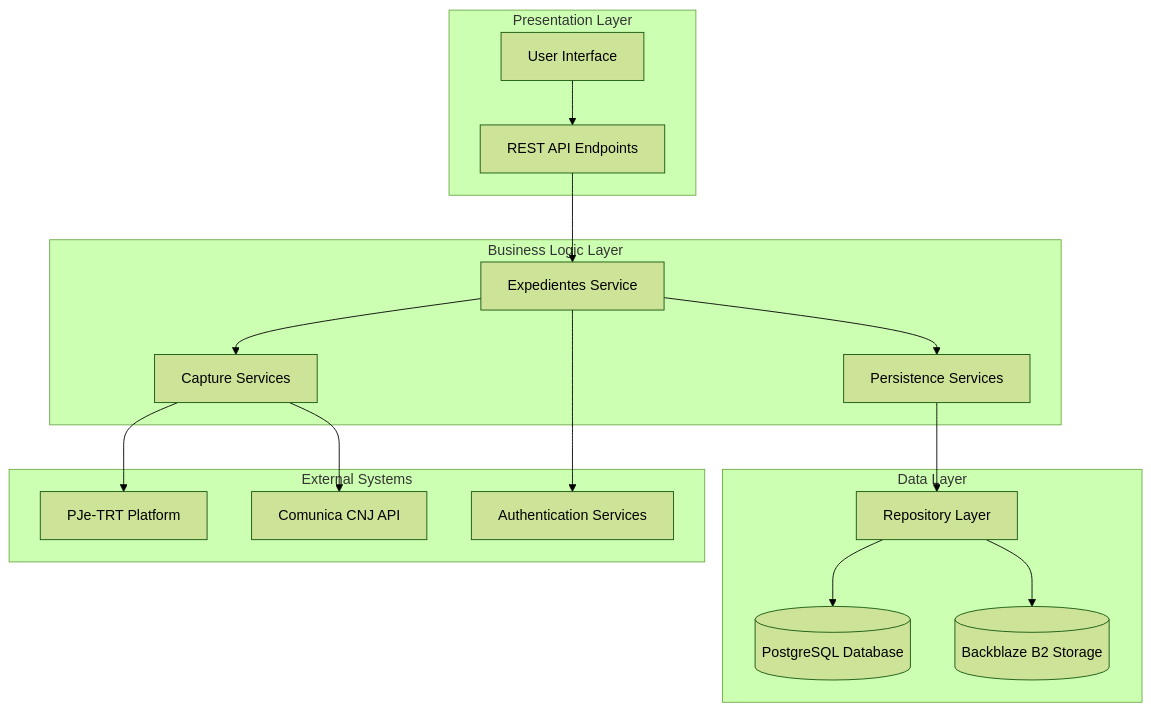
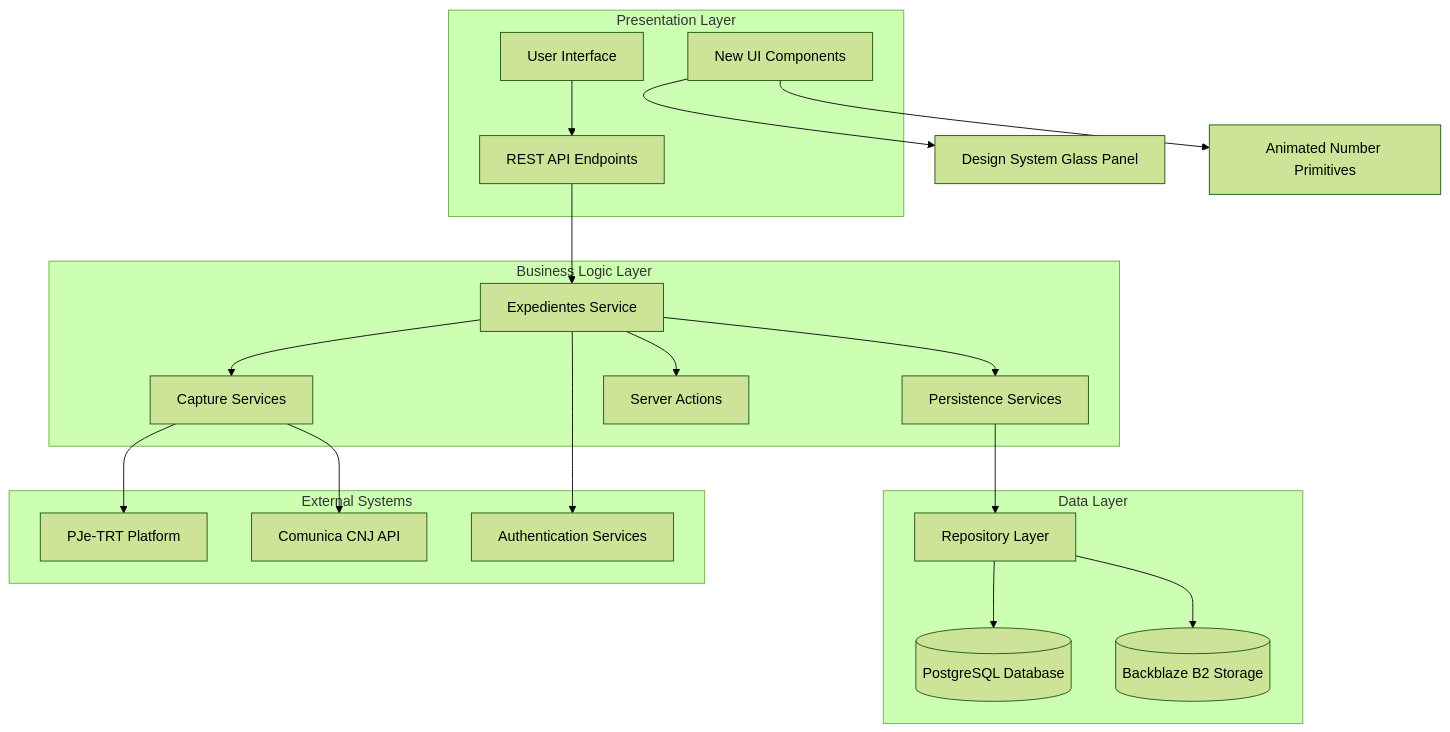
The first of 16 diagrams in .qoder/repowiki/en/content/Legal Process Management System/Automated Data Capture from PJE-TRT Systems/Expedientes Capture Tracking System.md (SinesysTech/zattar-os), drawn with Mermaid (forest theme) before and after one commit. The commit also changed other lines of this file and 6 other files, not shown here.

````diff
--- a/.qoder/repowiki/en/content/Legal Process Management System/Automated Data Capture from PJE-TRT Systems/Expedientes Capture Tracking System.md
+++ b/.qoder/repowiki/en/content/Legal Process Management System/Automated Data Capture from PJE-TRT Systems/Expedientes Capture Tracking System.md
@@ -40,32 +59,37 @@
 ```mermaid
 graph TB
 subgraph "Presentation Layer"
 UI[User Interface]
 API[REST API Endpoints]
+Components[New UI Components]
 end
 subgraph "Business Logic Layer"
 Service[Expedientes Service]
 Capture[Capture Services]
 Persistence[Persistence Services]
+Actions[Server Actions]
 end
 subgraph "Data Layer"
 Repository[Repository Layer]
 Database[(PostgreSQL Database)]
 Storage[(Backblaze B2 Storage)]
 end
 subgraph "External Systems"
 PJE[PJe-TRT Platform]
 CNJ[Comunica CNJ API]
 Auth[Authentication Services]
 end
 UI --> API
 API --> Service
 Service --> Capture
 Service --> Persistence
+Service --> Actions
 Persistence --> Repository
 Repository --> Database
 Repository --> Storage
 Capture --> PJE
 Capture --> CNJ
 Service --> Auth
+Components --> GlassPanel[Design System Glass Panel]
+Components --> AnimatedNumber[Animated Number Primitives]
 ```
````
